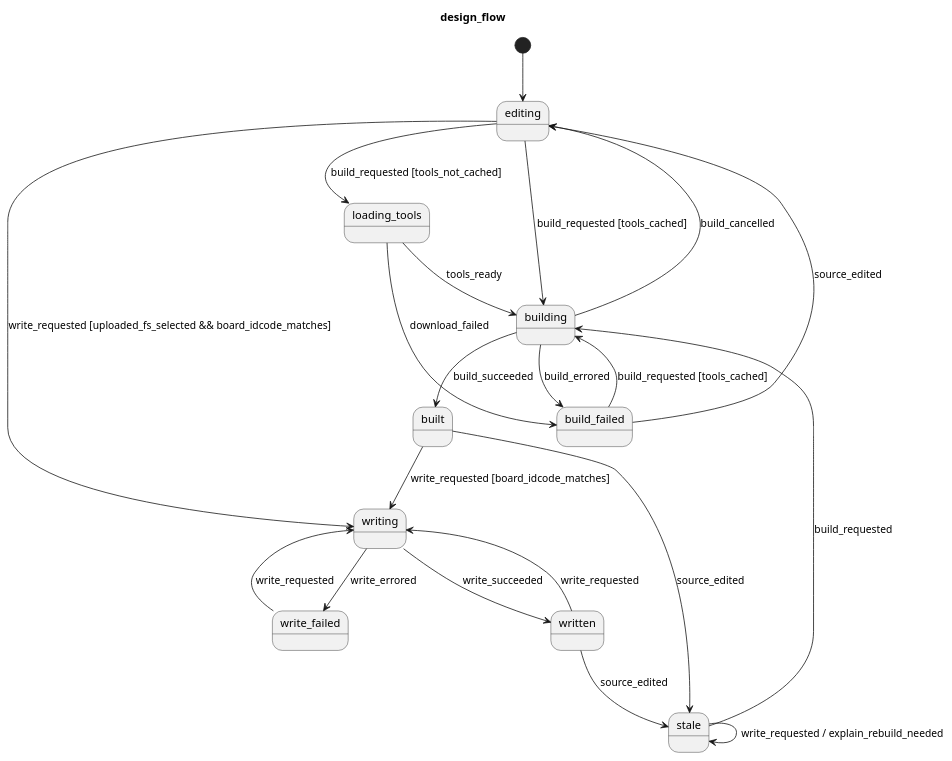
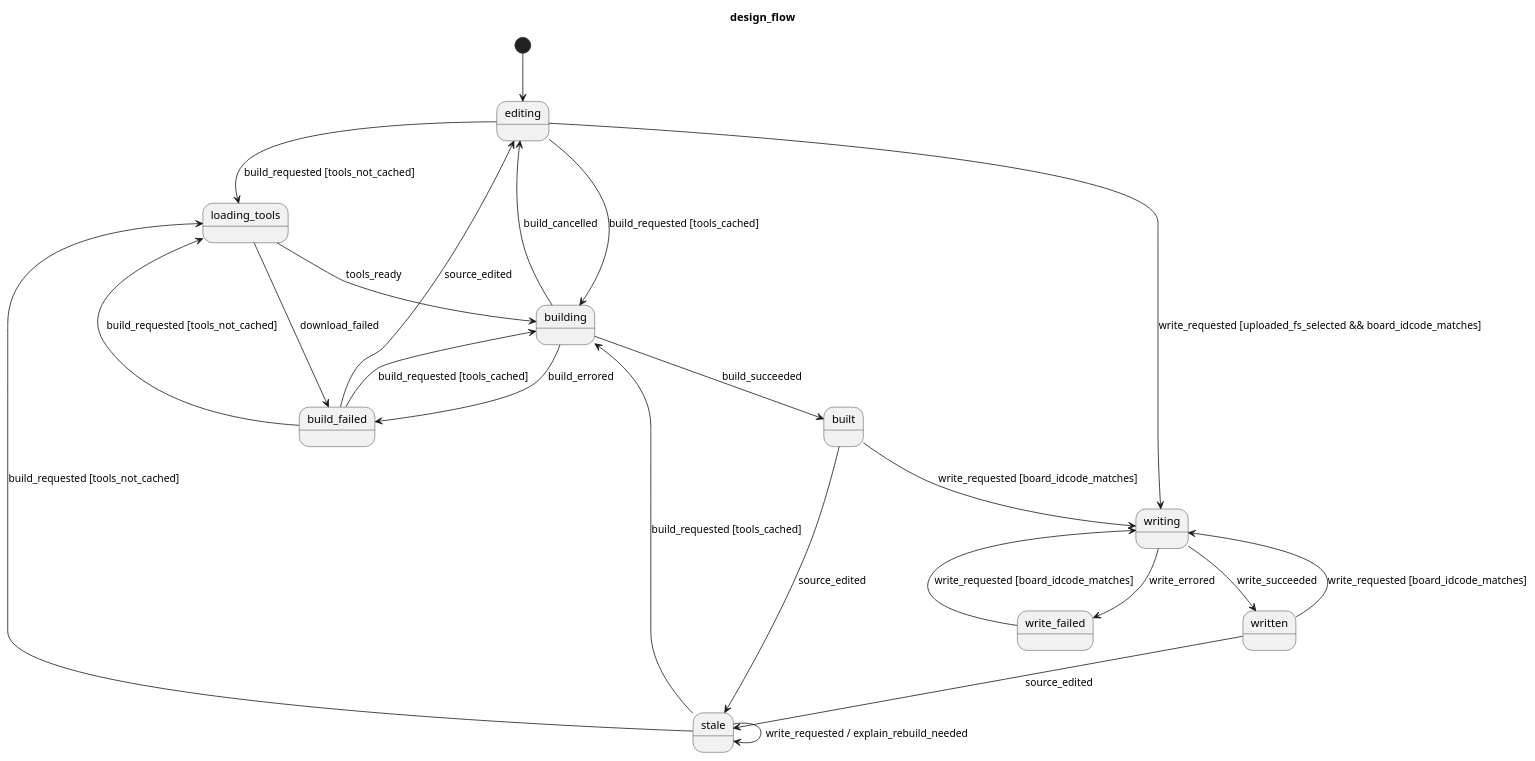
One commit to uist1idrju3i/gogo-fpga changed the diagram in docs/ux/out/gogo-fpga.design_flow.statechart.puml. Above: the diagram before and after it, drawn with PlantUML. The commit also changed 10 other files, not shown here.

```diff
--- a/docs/ux/out/gogo-fpga.design_flow.statechart.puml
+++ b/docs/ux/out/gogo-fpga.design_flow.statechart.puml
@@ -1,23 +1,25 @@
 @startuml
 title design_flow
 [*] --> editing
 editing --> loading_tools : build_requested [tools_not_cached]
 editing --> building : build_requested [tools_cached]
 loading_tools --> building : tools_ready
 loading_tools --> build_failed : download_failed
 building --> built : build_succeeded
 building --> build_failed : build_errored
 build_failed --> editing : source_edited
+build_failed --> loading_tools : build_requested [tools_not_cached]
 build_failed --> building : build_requested [tools_cached]
 building --> editing : build_cancelled
 editing --> writing : write_requested [uploaded_fs_selected && board_idcode_matches]
 stale --> stale : write_requested / explain_rebuild_needed
 built --> stale : source_edited
-stale --> building : build_requested
+stale --> loading_tools : build_requested [tools_not_cached]
+stale --> building : build_requested [tools_cached]
 built --> writing : write_requested [board_idcode_matches]
 writing --> written : write_succeeded
 writing --> write_failed : write_errored
-write_failed --> writing : write_requested
+write_failed --> writing : write_requested [board_idcode_matches]
 written --> stale : source_edited
-written --> writing : write_requested
+written --> writing : write_requested [board_idcode_matches]
 @enduml
```
